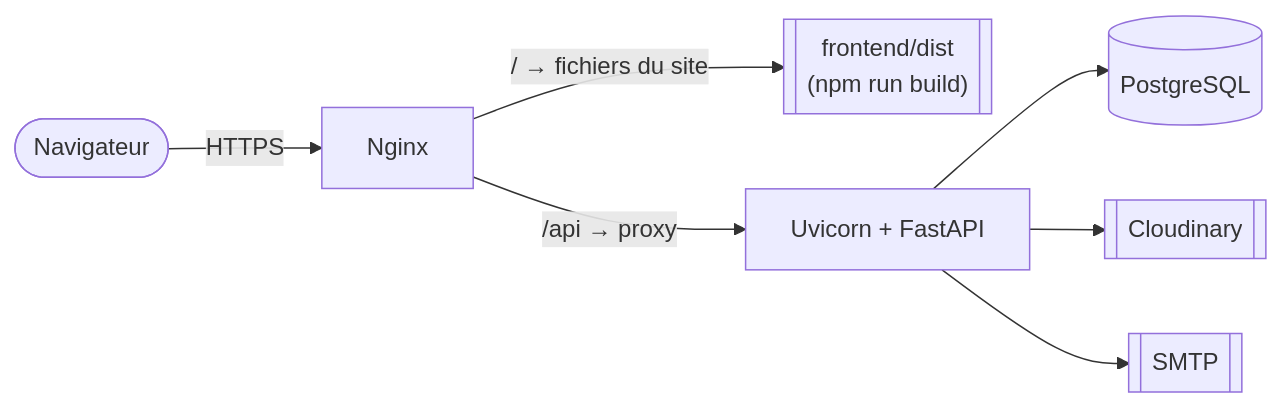
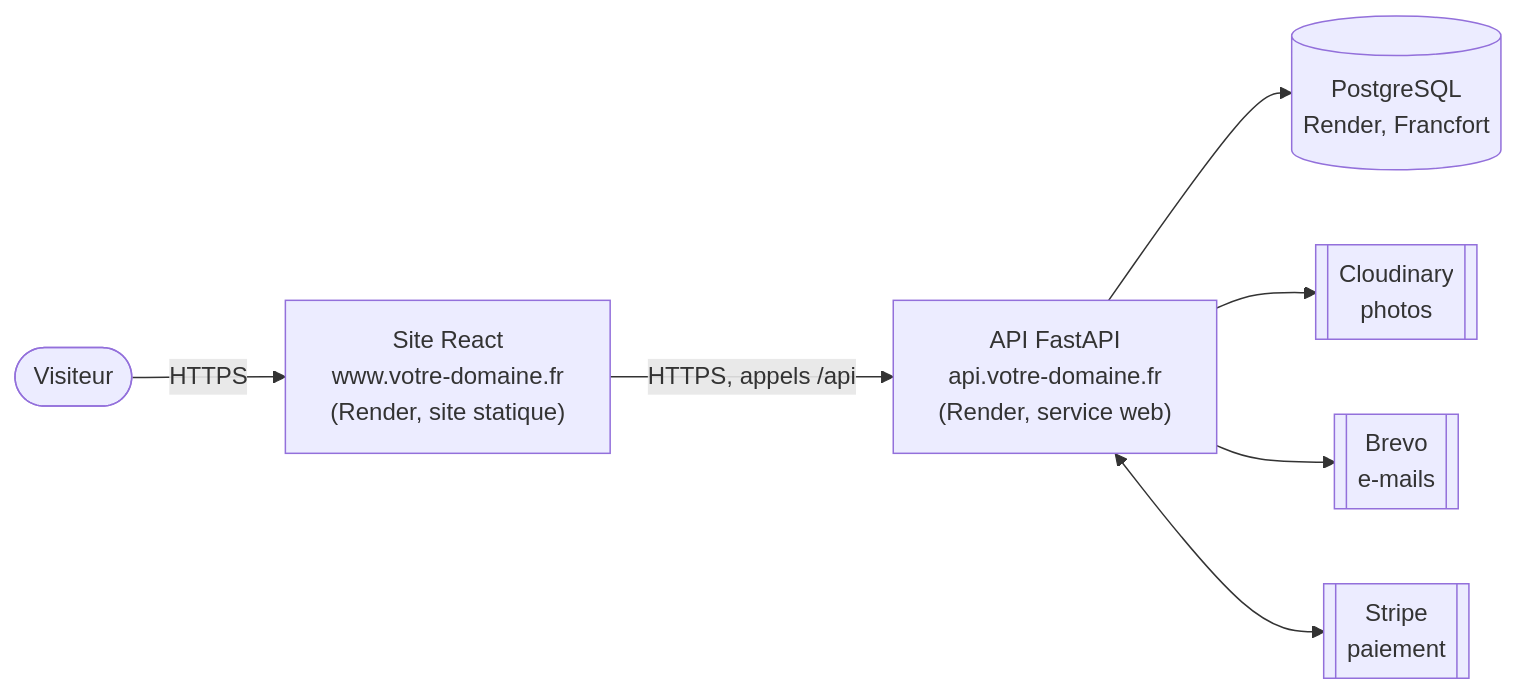
Before and after one commit to rmxpvl/Maison_Guillard: the diagram in docs/deploiement.md, drawn with Mermaid. The commit also changed other lines of this file and 5 other files, not shown here.

````diff
--- a/docs/deploiement.md
+++ b/docs/deploiement.md
@@ -21,9 +13,9 @@
 ```mermaid
 flowchart LR
-    U([Navigateur]) -->|HTTPS| N[Nginx]
-    N -->|"/ → fichiers du site"| S[["frontend/dist<br/>(npm run build)"]]
-    N -->|"/api → proxy"| A["Uvicorn + FastAPI"]
-    A --> DB[(PostgreSQL)]
-    A --> C[[Cloudinary]]
-    A --> M[[SMTP]]
+    V([Visiteur]) -->|HTTPS| S["Site React<br/>www.votre-domaine.fr<br/>(Render, site statique)"]
+    S -->|"HTTPS, appels /api"| A["API FastAPI<br/>api.votre-domaine.fr<br/>(Render, service web)"]
+    A --> DB[(PostgreSQL<br/>Render, Francfort)]
+    A --> C[[Cloudinary<br/>photos]]
+    A --> B[[Brevo<br/>e-mails]]
+    A <--> ST[[Stripe<br/>paiement]]
 ```
````
